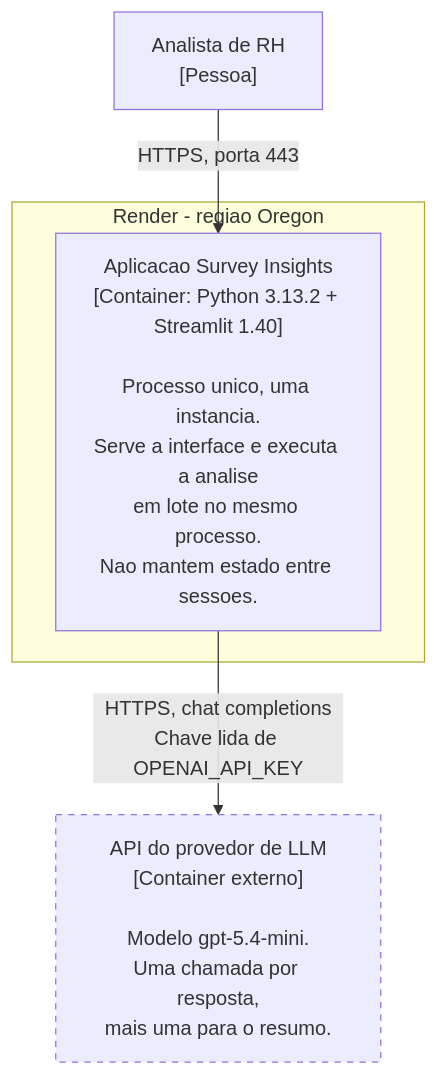
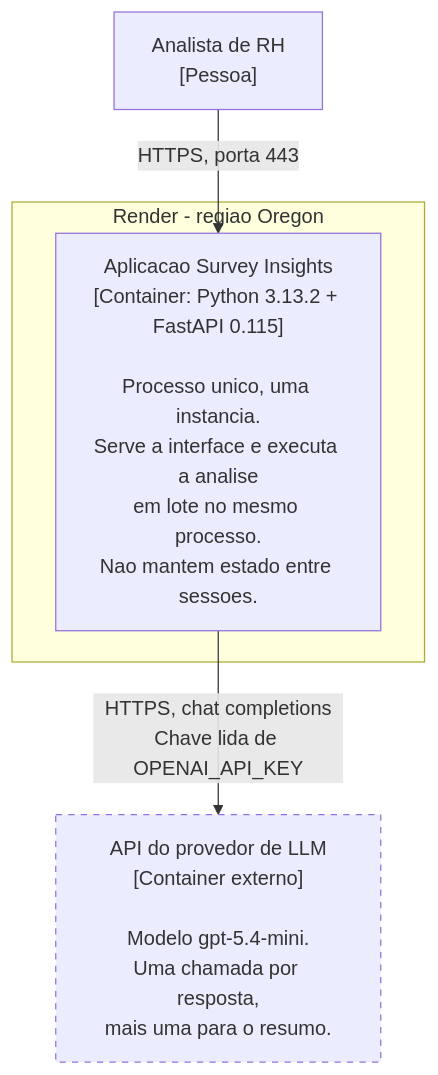
Before and after one commit to brunoleao95/feedbackloop-survey-insights: the second of 4 diagrams in docs/architecture/c4-contexto-e-containers.md, drawn with Mermaid. The commit also changed other lines of this file and 6 other files, not shown here.

````diff
--- a/docs/architecture/c4-contexto-e-containers.md
+++ b/docs/architecture/c4-contexto-e-containers.md
@@ -55,15 +55,15 @@
 ```mermaid
 flowchart TB
     analista["Analista de RH<br/>[Pessoa]"]
 
     subgraph render["Render - regiao Oregon"]
-        app["Aplicacao Survey Insights<br/>[Container: Python 3.13.2 + Streamlit 1.40]<br/><br/>Processo unico, uma instancia.<br/>Serve a interface e executa a analise<br/>em lote no mesmo processo.<br/>Nao mantem estado entre sessoes."]
+        app["Aplicacao Survey Insights<br/>[Container: Python 3.13.2 + FastAPI 0.115]<br/><br/>Processo unico, uma instancia.<br/>Serve a interface e executa a analise<br/>em lote no mesmo processo.<br/>Nao mantem estado entre sessoes."]
     end
 
     llm["API do provedor de LLM<br/>[Container externo]<br/><br/>Modelo gpt-5.4-mini.<br/>Uma chamada por resposta,<br/>mais uma para o resumo."]
 
     analista -->|"HTTPS, porta 443"| app
     app -->|"HTTPS, chat completions<br/>Chave lida de OPENAI_API_KEY"| llm
 
     style llm stroke-dasharray: 5 5
 ```
````
